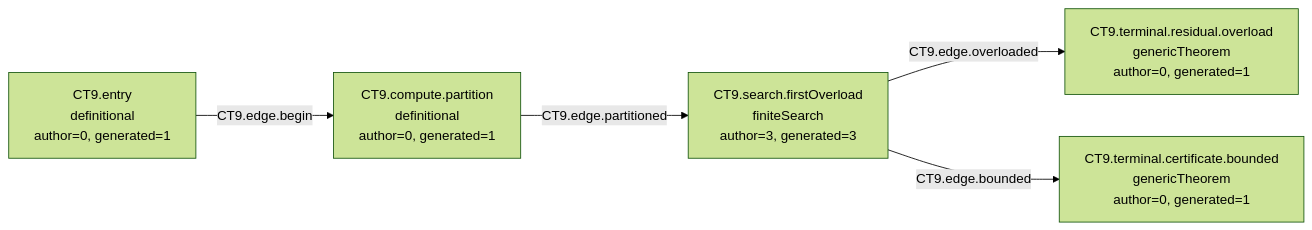
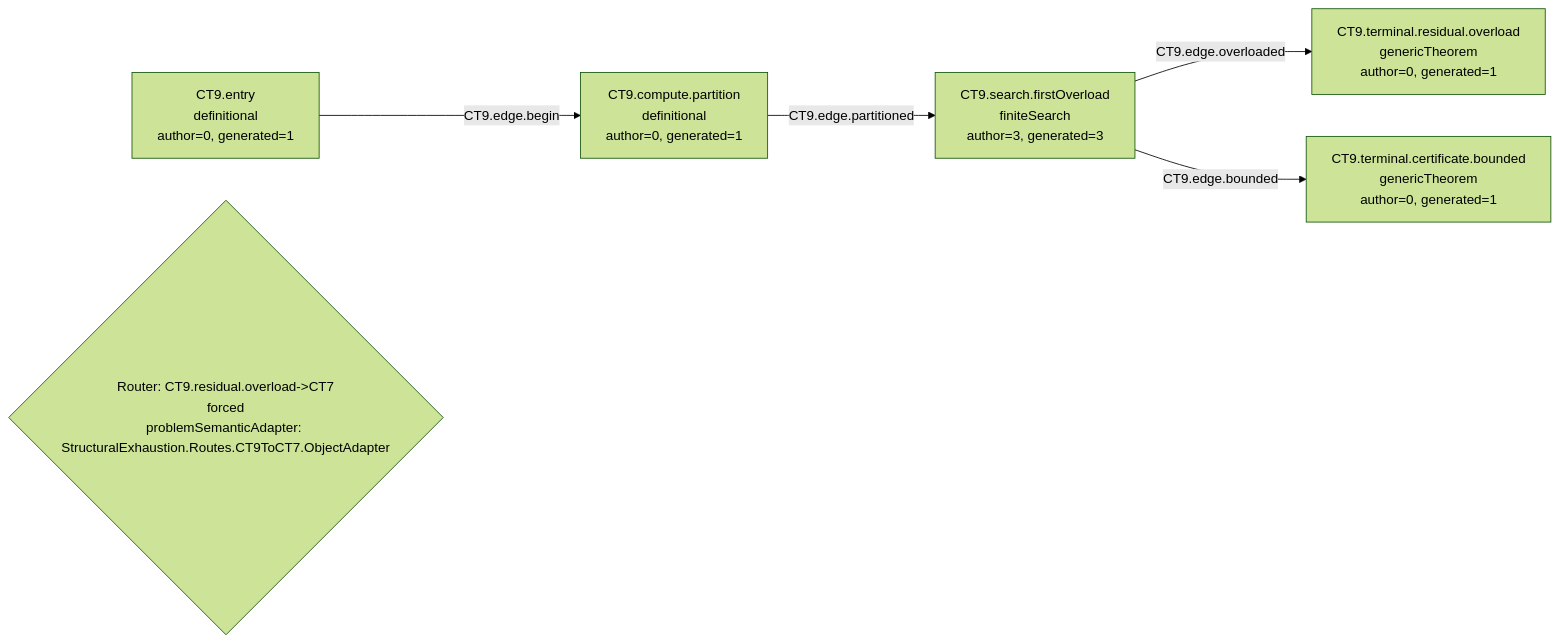
One commit to Guillemdb/structural_exhaustion changed the diagram in generated/mermaid/CT9.mmd. Above: the diagram before and after it, drawn with Mermaid (forest theme). The commit also changed 401 other files, not shown here.

```diff
--- a/generated/mermaid/CT9.mmd
+++ b/generated/mermaid/CT9.mmd
@@ -1,10 +1,11 @@
 flowchart LR
   N1["CT9.entry<br/>definitional<br/>author=0, generated=1"]
   N2["CT9.compute.partition<br/>definitional<br/>author=0, generated=1"]
   N3["CT9.search.firstOverload<br/>finiteSearch<br/>author=3, generated=3"]
   N4["CT9.terminal.residual.overload<br/>genericTheorem<br/>author=0, generated=1"]
   N5["CT9.terminal.certificate.bounded<br/>genericTheorem<br/>author=0, generated=1"]
   N1 -->|CT9.edge.begin| N2
   N2 -->|CT9.edge.partitioned| N3
   N3 -->|CT9.edge.overloaded| N4
   N3 -->|CT9.edge.bounded| N5
+  R1{"Router: CT9.residual.overload->CT7<br/>forced<br/>problemSemanticAdapter: StructuralExhaustion.Routes.CT9ToCT7.ObjectAdapter"}
```
